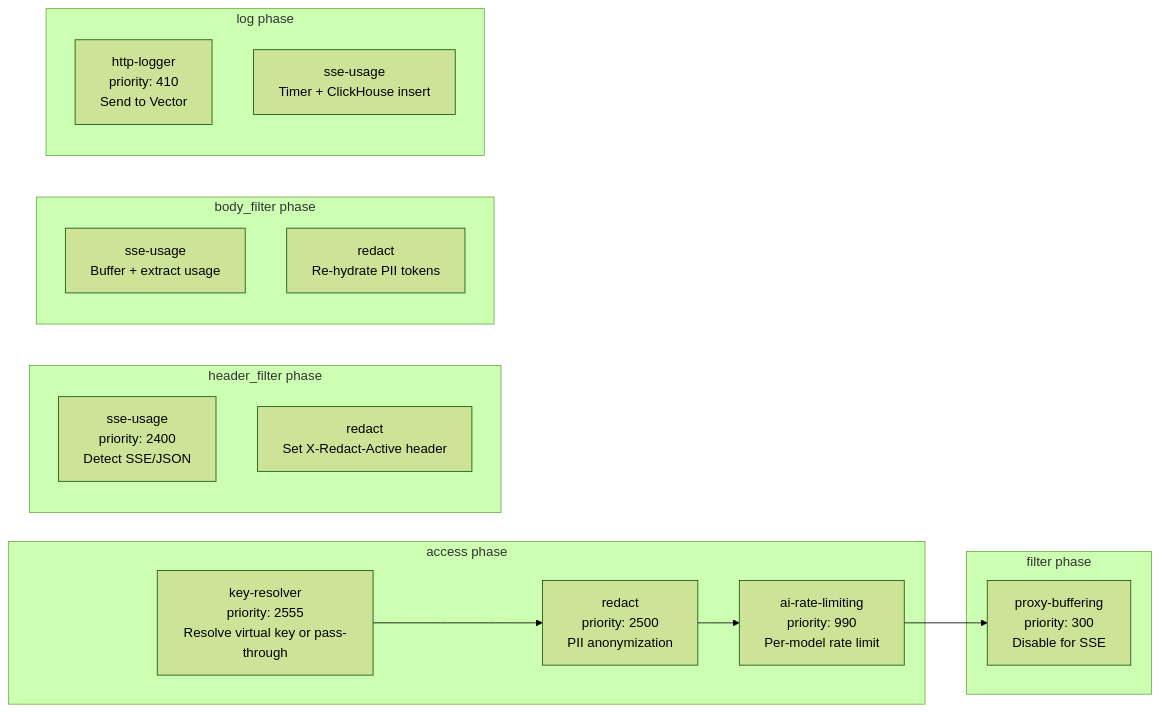
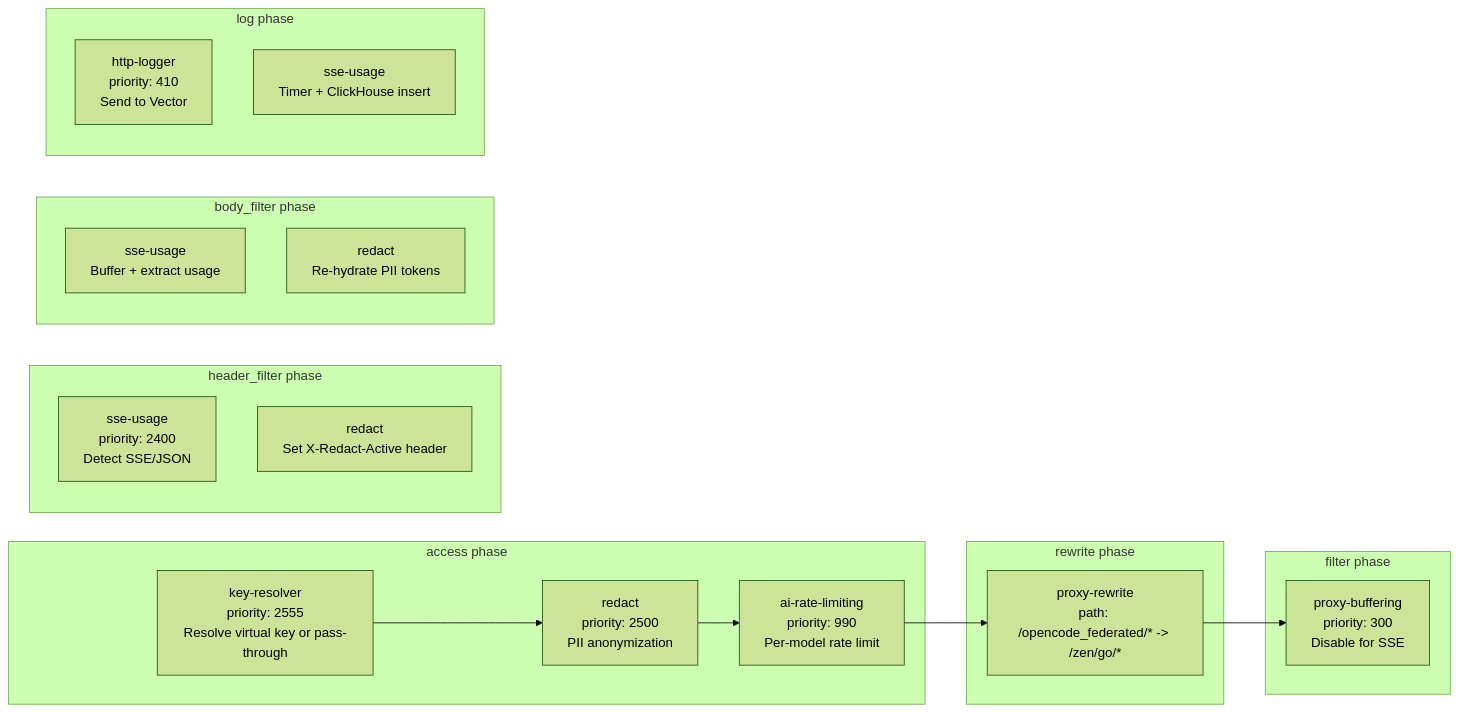
The third of 16 diagrams in docs/ARCHITECTURE.md (Independent-AI-Labs/WORKSPACE-GATEWAY), drawn with Mermaid (forest theme) before and after one commit. The commit also changed other lines of this file and 42 other files, not shown here.

````diff
--- a/docs/ARCHITECTURE.md
+++ b/docs/ARCHITECTURE.md
@@ -152,29 +180,33 @@
 ```mermaid
 graph LR
     subgraph "access phase"
         KR["key-resolver<br/>priority: 2555<br/>Resolve virtual key or pass-through"]
         RD["redact<br/>priority: 2500<br/>PII anonymization"]
         RL["ai-rate-limiting<br/>priority: 990<br/>Per-model rate limit"]
     end
 
     subgraph "header_filter phase"
         SU1["sse-usage<br/>priority: 2400<br/>Detect SSE/JSON"]
         RD1["redact<br/>Set X-Redact-Active header"]
     end
 
     subgraph "body_filter phase"
         SU2["sse-usage<br/>Buffer + extract usage"]
         RD2["redact<br/>Re-hydrate PII tokens"]
     end
 
     subgraph "log phase"
         HL["http-logger<br/>priority: 410<br/>Send to Vector"]
         SU3["sse-usage<br/>Timer + ClickHouse insert"]
     end
 
     subgraph "filter phase"
         PB["proxy-buffering<br/>priority: 300<br/>Disable for SSE"]
     end
 
-    KR --> RD --> RL --> PB
+    subgraph "rewrite phase"
+        PRW["proxy-rewrite<br/>path: /opencode_federated/* -> /zen/go/*"]
+    end
+
+    KR --> RD --> RL --> PRW --> PB
 ```
````
